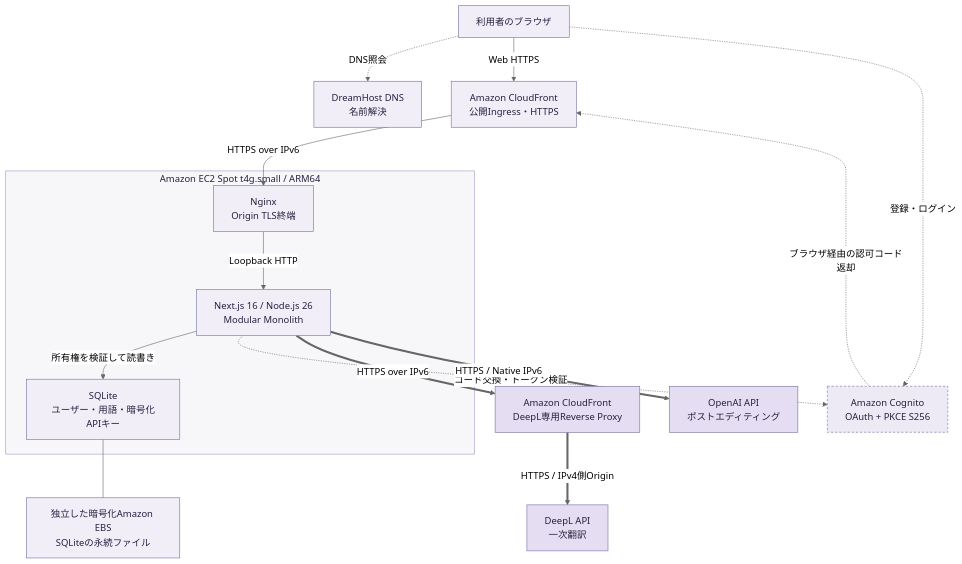
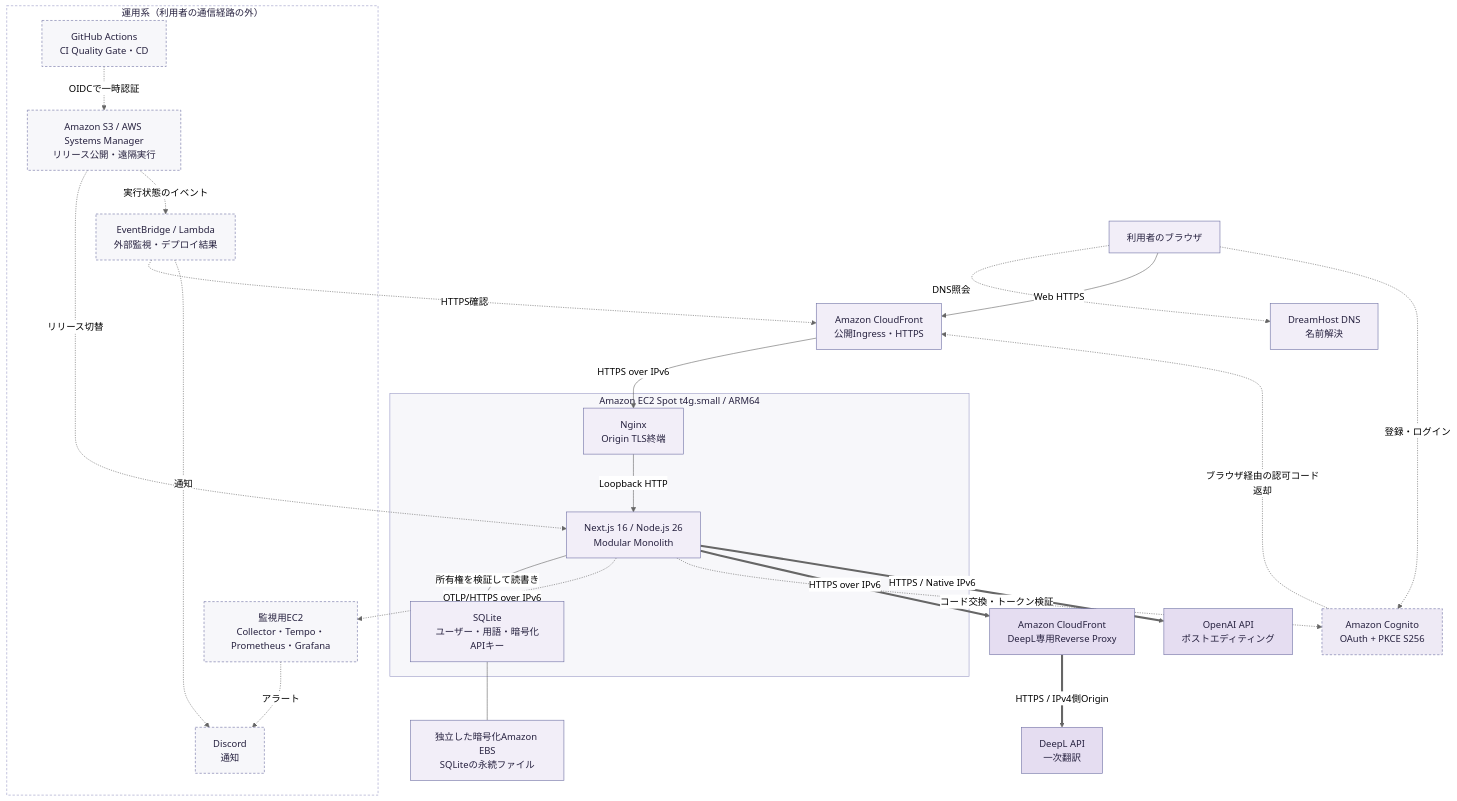
Before and after one commit to 1716964609/GMSv5: the first of 3 diagrams in README.ja.md, drawn with Mermaid (neutral theme). The commit also changed other lines of this file and 15 other files, not shown here.

````diff
--- a/README.ja.md
+++ b/README.ja.md
@@ -48,39 +53,58 @@
 ```mermaid
 flowchart TB
     B["利用者のブラウザ"]
     DNS["DreamHost DNS<br/>名前解決"]
     IN["Amazon CloudFront<br/>公開Ingress・HTTPS"]
     AUTH["Amazon Cognito<br/>OAuth + PKCE S256"]
 
     subgraph EC2["Amazon EC2 Spot t4g.small / ARM64"]
         NG["Nginx<br/>Origin TLS終端"]
         APP["Next.js 16 / Node.js 26<br/>Modular Monolith"]
         DB["SQLite<br/>ユーザー・用語・暗号化APIキー"]
         NG -->|Loopback HTTP| APP
         APP -->|所有権を検証して読書き| DB
     end
 
     EBS["独立した暗号化Amazon EBS<br/>SQLiteの永続ファイル"]
     PROXY["Amazon CloudFront<br/>DeepL専用Reverse Proxy"]
     DEEPL["DeepL API<br/>一次翻訳"]
     OPENAI["OpenAI API<br/>ポストエディティング"]
 
+    subgraph OPS["運用系（利用者の通信経路の外）"]
+        GHA["GitHub Actions<br/>CI Quality Gate・CD"]
+        REL["Amazon S3 / AWS Systems Manager<br/>リリース公開・遠隔実行"]
+        OBS["監視用EC2<br/>Collector・Tempo・Prometheus・Grafana"]
+        MON["EventBridge / Lambda<br/>外部監視・デプロイ結果"]
+        DISCORD["Discord<br/>通知"]
+    end
+
+    GHA -.->|OIDCで一時認証| REL
+    REL -.->|リリース切替| APP
+    APP -.->|OTLP/HTTPS over IPv6| OBS
+    MON -.->|HTTPS確認| IN
+    REL -.->|実行状態のイベント| MON
+    OBS -.->|アラート| DISCORD
+    MON -.->|通知| DISCORD
+
     B -.->|DNS照会| DNS
     B -->|Web HTTPS| IN
     IN -->|HTTPS over IPv6| NG
     B -.->|登録・ログイン| AUTH
     AUTH -.->|ブラウザ経由の認可コード返却| IN
     APP -.->|コード交換・トークン検証| AUTH
     DB --- EBS
     APP ==>|HTTPS over IPv6| PROXY
     PROXY ==>|HTTPS / IPv4側Origin| DEEPL
     APP ==>|HTTPS / Native IPv6| OPENAI
 
     classDef core fill:#F2EEF8,stroke:#6F70A4,color:#26213F;
     classDef auth fill:#EEEAF5,stroke:#6F70A4,color:#26213F,stroke-dasharray:4 3;
     classDef external fill:#E5DDF1,stroke:#6F70A4,color:#26213F;
+    classDef ops fill:#F7F7FA,stroke:#6F70A4,color:#26213F,stroke-dasharray:4 3;
     class B,DNS,IN,NG,APP,DB,EBS core;
     class AUTH auth;
     class PROXY,DEEPL,OPENAI external;
+    class GHA,REL,OBS,MON,DISCORD ops;
     style EC2 fill:#F7F7FA,stroke:#9B9BC7,color:#26213F;
+    style OPS fill:#FFFFFF,stroke:#9B9BC7,color:#26213F,stroke-dasharray:4 3;
 ```
````
